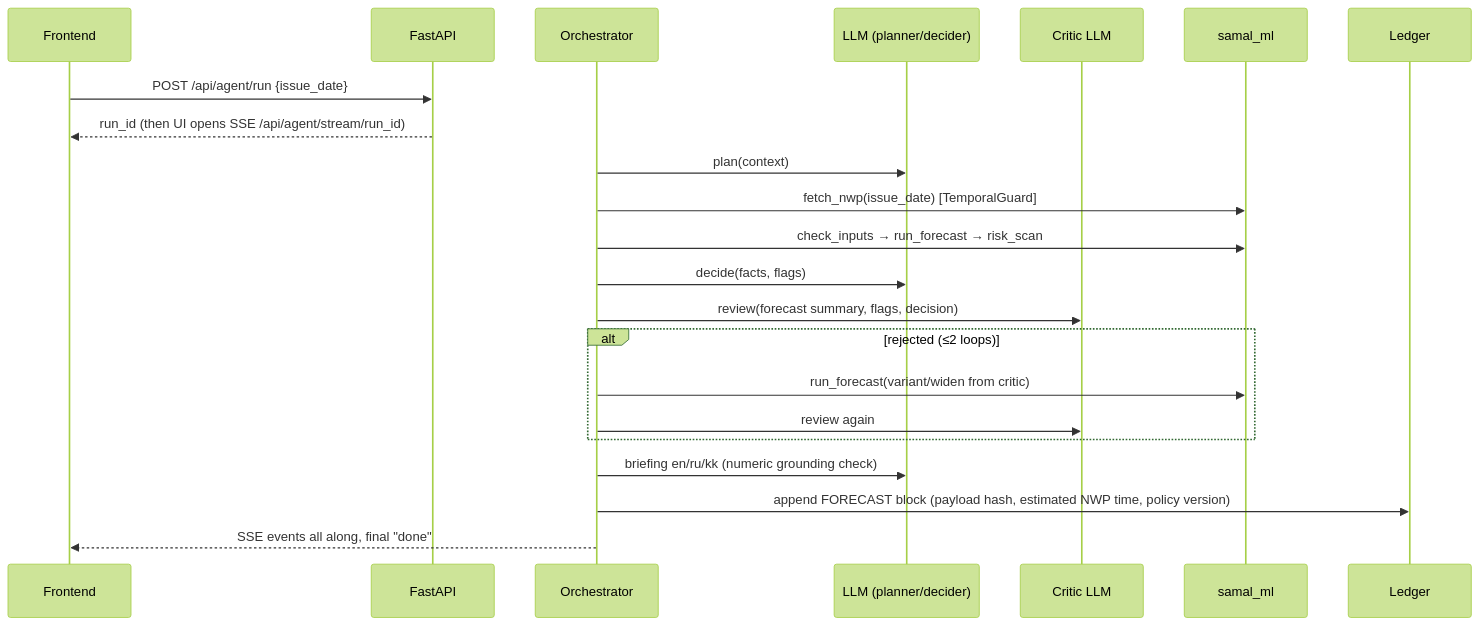
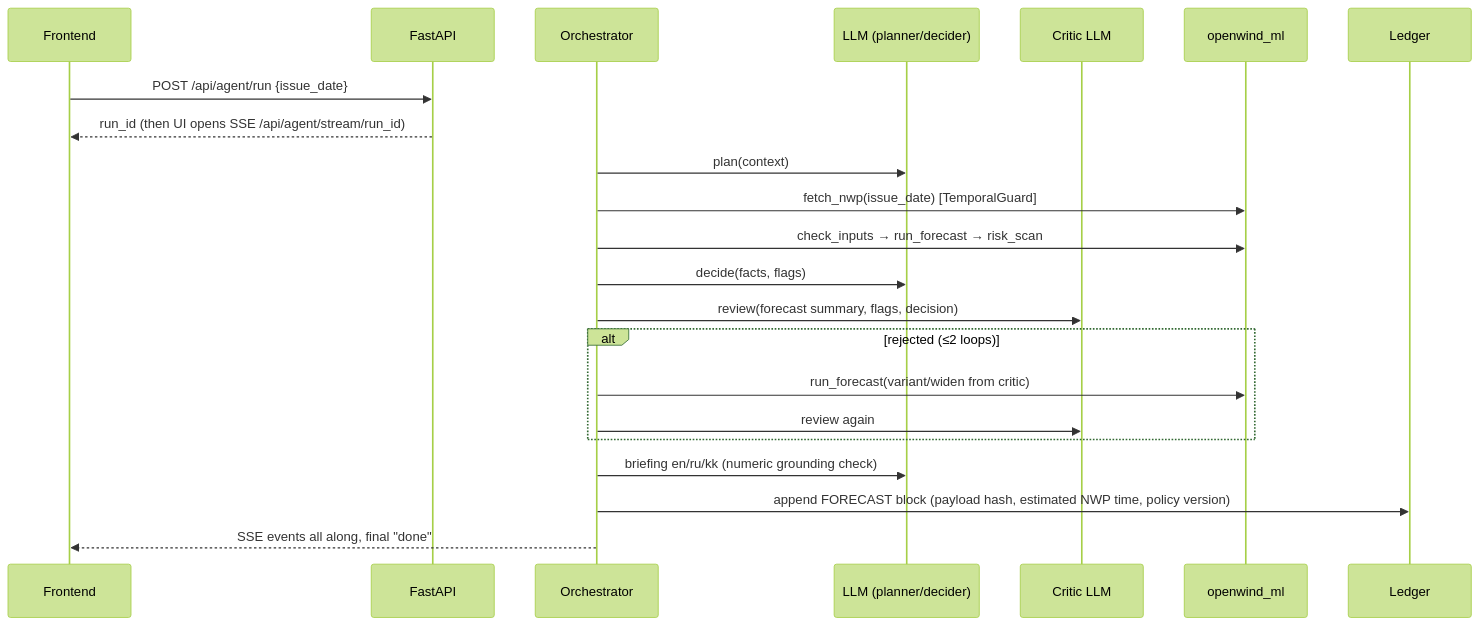
The diagram in docs/ARCHITECTURE.md (BAITC-Hacks/hack-3cc2878c-offscript), drawn with Mermaid (forest theme) before and after one commit. The commit also changed 63 other files, not shown here.

````diff
--- a/docs/ARCHITECTURE.md
+++ b/docs/ARCHITECTURE.md
@@ -4,24 +4,24 @@
 ```mermaid
 sequenceDiagram
   participant UI as Frontend
   participant API as FastAPI
   participant O as Orchestrator
   participant L as LLM (planner/decider)
   participant C as Critic LLM
-  participant ML as samal_ml
+  participant ML as openwind_ml
   participant LG as Ledger
   UI->>API: POST /api/agent/run {issue_date}
   API-->>UI: run_id  (then UI opens SSE /api/agent/stream/run_id)
   O->>L: plan(context)
   O->>ML: fetch_nwp(issue_date)  [TemporalGuard]
   O->>ML: check_inputs → run_forecast → risk_scan
   O->>L: decide(facts, flags)
   O->>C: review(forecast summary, flags, decision)
   alt rejected (≤2 loops)
     O->>ML: run_forecast(variant/widen from critic)
     O->>C: review again
   end
   O->>L: briefing en/ru/kk (numeric grounding check)
   O->>LG: append FORECAST block (payload hash, estimated NWP time, policy version)
   O-->>UI: SSE events all along, final "done"
 ```
````
